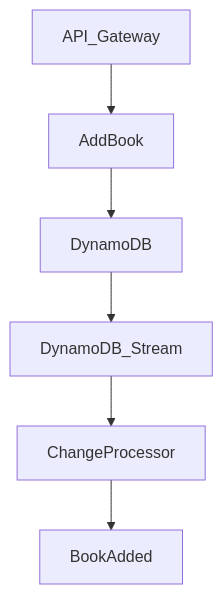
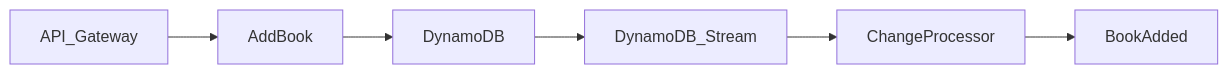
Before and after one commit to mikaelvesavuori/aws-serverless-outbox-demo: the diagram in README.md, drawn with Mermaid. The commit also changed other lines of this file, not shown here.

````diff
--- a/README.md
+++ b/README.md
@@ -21,8 +13,8 @@
 ```mermaid
-graph TD;
+graph LR;
     API_Gateway-->AddBook;
     AddBook-->DynamoDB;
     DynamoDB-->DynamoDB_Stream;
     DynamoDB_Stream-->ChangeProcessor;
     ChangeProcessor-->BookAdded;
 ```
````
